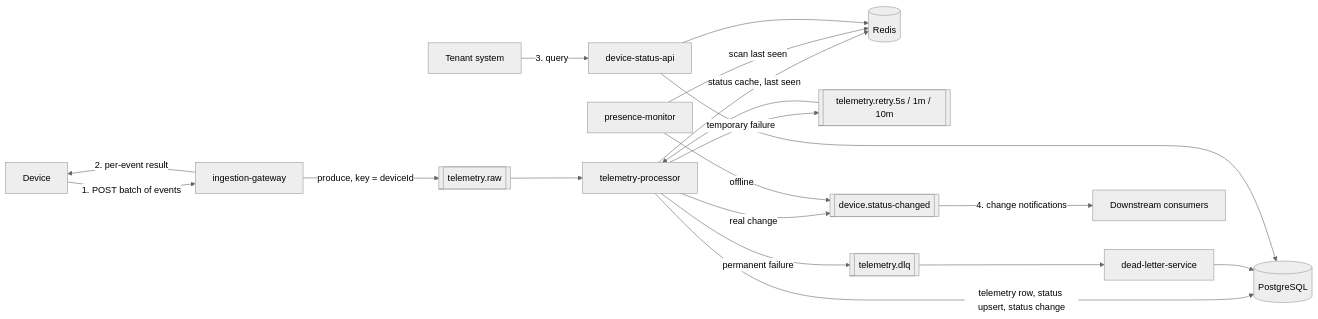
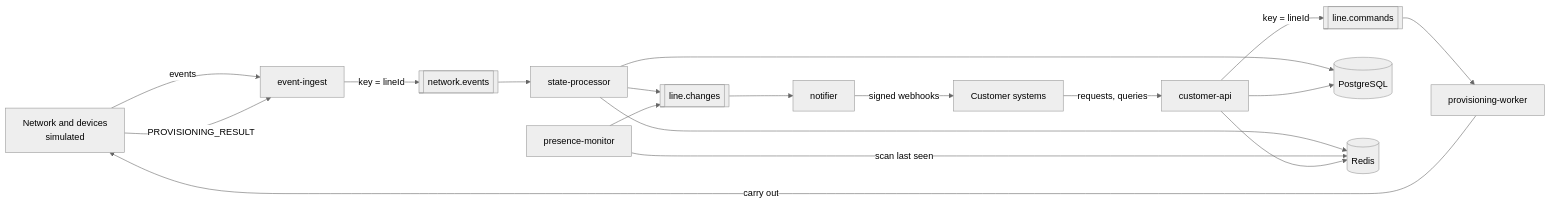
The diagram in track-1-streaming/iot-telemetry-pipeline/docs/requirements/data.md (JawadCEO/enterprise-distributed-platform), drawn with Mermaid (neutral theme) before and after one commit. The commit also changed other lines of this file and 9 other files, not shown here.

````diff
--- a/track-1-streaming/iot-telemetry-pipeline/docs/requirements/data.md
+++ b/track-1-streaming/iot-telemetry-pipeline/docs/requirements/data.md
@@ -9,20 +7,20 @@
 ```mermaid
 flowchart LR
-    DEV[Device] -->|1. POST batch of events| GW[ingestion-gateway]
-    GW -->|2. per-event result| DEV
-    GW -->|produce, key = deviceId| RAW[[telemetry.raw]]
-    RAW --> PROC[telemetry-processor]
-    PROC -->|telemetry row, status upsert, status change| PG[(PostgreSQL)]
-    PROC -->|status cache, last seen| REDIS[(Redis)]
-    PROC -->|temporary failure| RETRY[[telemetry.retry.5s / 1m / 10m]]
-    RETRY --> PROC
-    PROC -->|permanent failure| DLQ[[telemetry.dlq]]
-    DLQ --> DLS[dead-letter-service] --> PG
-    PROC -->|real change| CHG[[device.status-changed]]
-    PRES[presence-monitor] -->|scan last seen| REDIS
-    PRES -->|offline| CHG
-    CLIENT[Tenant system] -->|3. query| API[device-status-api]
-    API --> REDIS
+    NET[Network and devices<br/>simulated] -->|events| ING[event-ingest]
+    CUS[Customer systems] -->|requests, queries| API[customer-api]
+    ING -->|key = lineId| EV[[network.events]]
+    API -->|key = lineId| CMD[[line.commands]]
+    EV --> SP[state-processor]
+    CMD --> PW[provisioning-worker]
+    PW -->|carry out| NET
+    NET -->|PROVISIONING_RESULT| ING
+    SP --> PG[(PostgreSQL)]
+    SP --> RD[(Redis)]
+    SP --> CHG[[line.changes]]
+    PM[presence-monitor] -->|scan last seen| RD
+    PM --> CHG
+    CHG --> NT[notifier]
+    NT -->|signed webhooks| CUS
+    API --> RD
     API --> PG
-    CHG -->|4. change notifications| CONSUMERS[Downstream consumers]
 ```
````
